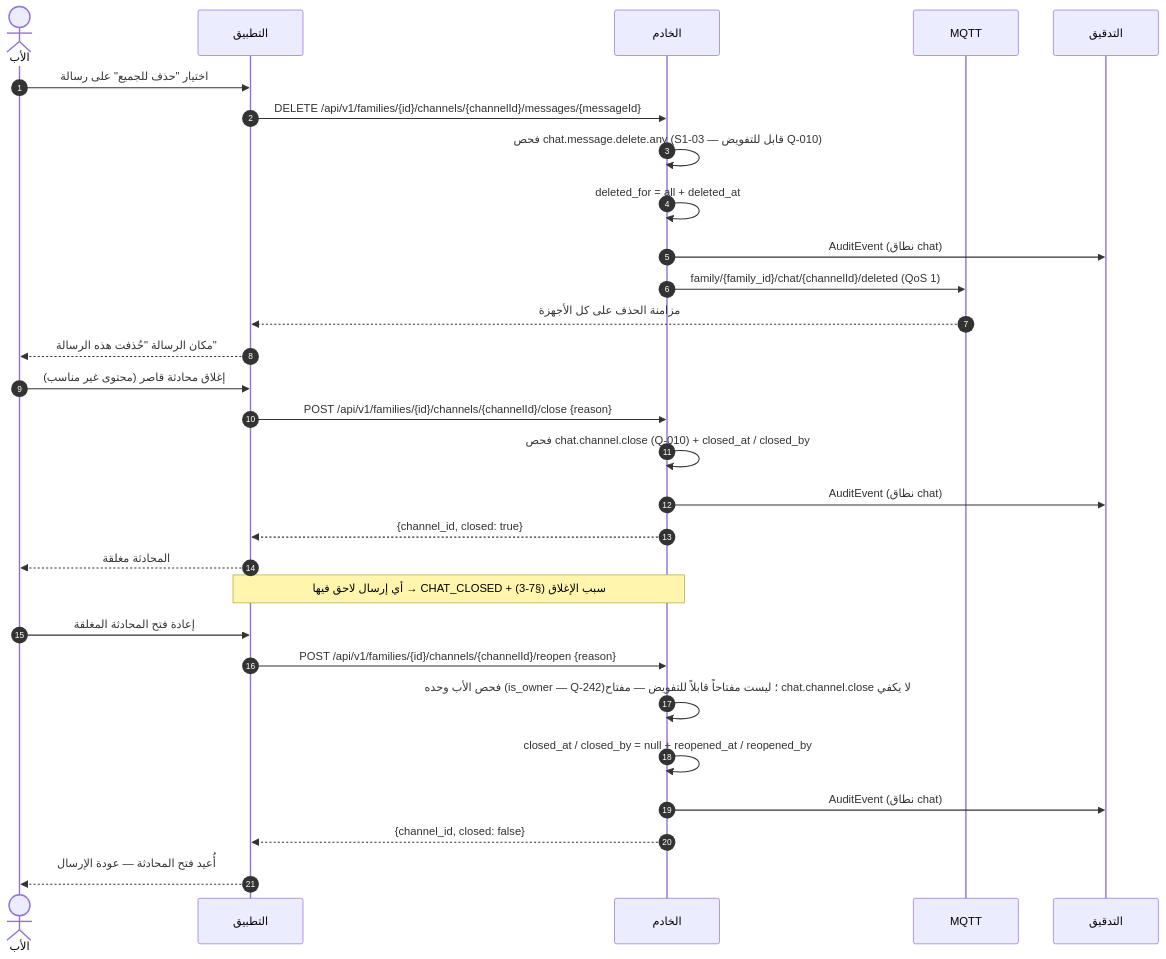
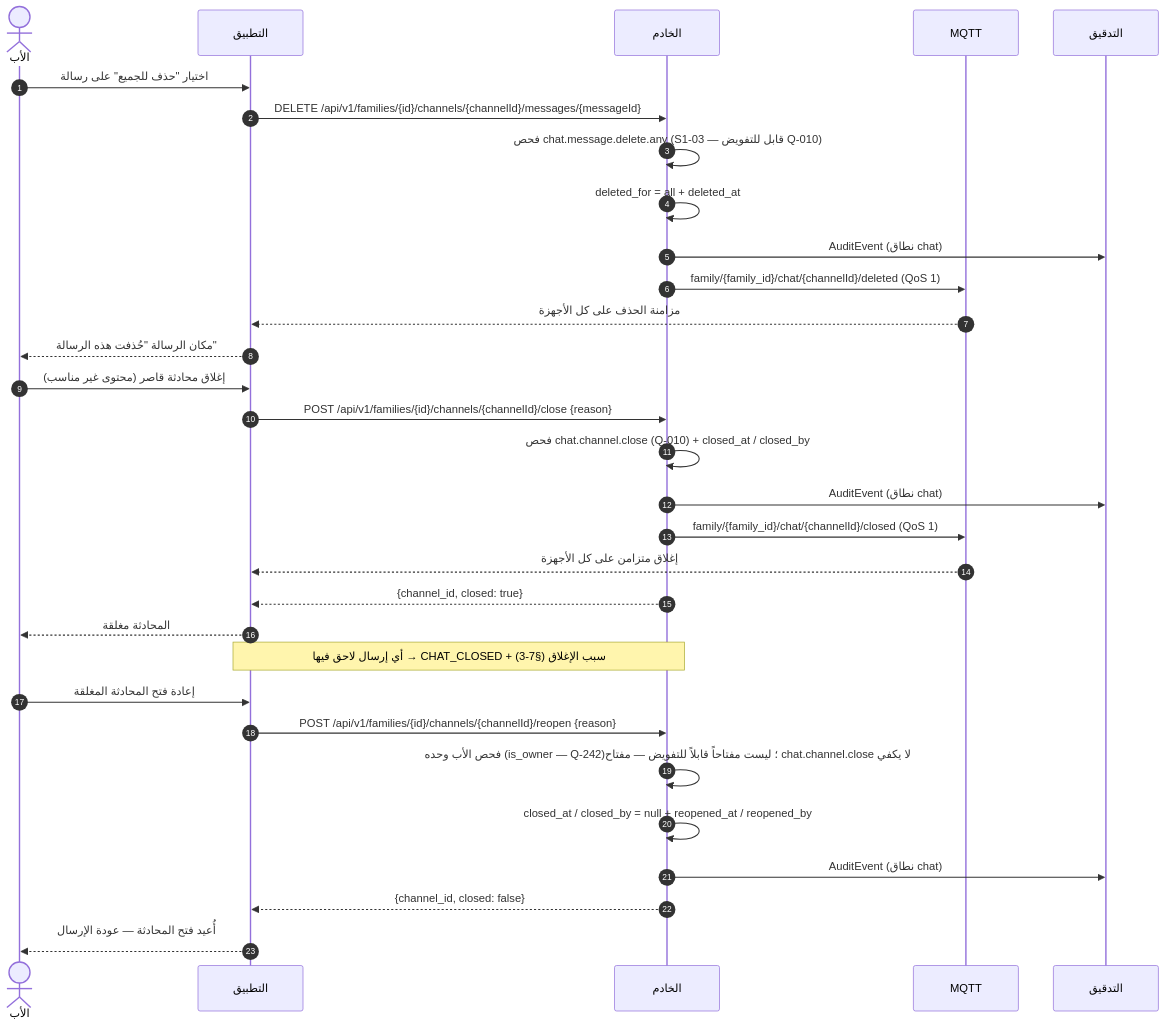
Before and after one commit to Bassam-mohammed-alqaeadi/family-os-v2: the sixth of 10 diagrams in docs/family-os/governance/phases/phase-1/S1-08-chat-basic/DIAGRAMS.md, drawn with Mermaid. The commit also changed other lines of this file and 1 other file, not shown here.

````diff
--- a/docs/family-os/governance/phases/phase-1/S1-08-chat-basic/DIAGRAMS.md
+++ b/docs/family-os/governance/phases/phase-1/S1-08-chat-basic/DIAGRAMS.md
@@ -270,31 +274,33 @@
 ```mermaid
 sequenceDiagram
     autonumber
     actor Father as الأب
     participant App as التطبيق
     participant Ktor as الخادم
     participant MQTT as MQTT
     participant Audit as التدقيق
     Father->>App: اختيار "حذف للجميع" على رسالة
     App->>Ktor: DELETE /api/v1/families/{id}/channels/{channelId}/messages/{messageId}
     Ktor->>Ktor: فحص chat.message.delete.any (S1-03 — قابل للتفويض Q-010)
     Ktor->>Ktor: deleted_for = all + deleted_at
     Ktor->>Audit: AuditEvent (نطاق chat)
     Ktor->>MQTT: family/{family_id}/chat/{channelId}/deleted (QoS 1)
     MQTT-->>App: مزامنة الحذف على كل الأجهزة
     App-->>Father: مكان الرسالة "حُذفت هذه الرسالة"
     Father->>App: إغلاق محادثة قاصر (محتوى غير مناسب)
     App->>Ktor: POST /api/v1/families/{id}/channels/{channelId}/close {reason}
     Ktor->>Ktor: فحص chat.channel.close (Q-010) + closed_at / closed_by
     Ktor->>Audit: AuditEvent (نطاق chat)
+    Ktor->>MQTT: family/{family_id}/chat/{channelId}/closed (QoS 1)
+    MQTT-->>App: إغلاق متزامن على كل الأجهزة
     Ktor-->>App: {channel_id, closed: true}
     App-->>Father: المحادثة مغلقة
     Note over App,Ktor: أي إرسال لاحق فيها → CHAT_CLOSED + سبب الإغلاق (§7-3)
     Father->>App: إعادة فتح المحادثة المغلقة
     App->>Ktor: POST /api/v1/families/{id}/channels/{channelId}/reopen {reason}
     Ktor->>Ktor: فحص الأب وحده (is_owner — Q-242)؛ ليست مفتاحاً قابلاً للتفويض — مفتاح chat.channel.close لا يكفي
     Ktor->>Ktor: closed_at / closed_by = null + reopened_at / reopened_by
     Ktor->>Audit: AuditEvent (نطاق chat)
     Ktor-->>App: {channel_id, closed: false}
     App-->>Father: أُعيد فتح المحادثة — عودة الإرسال
 ```
````
